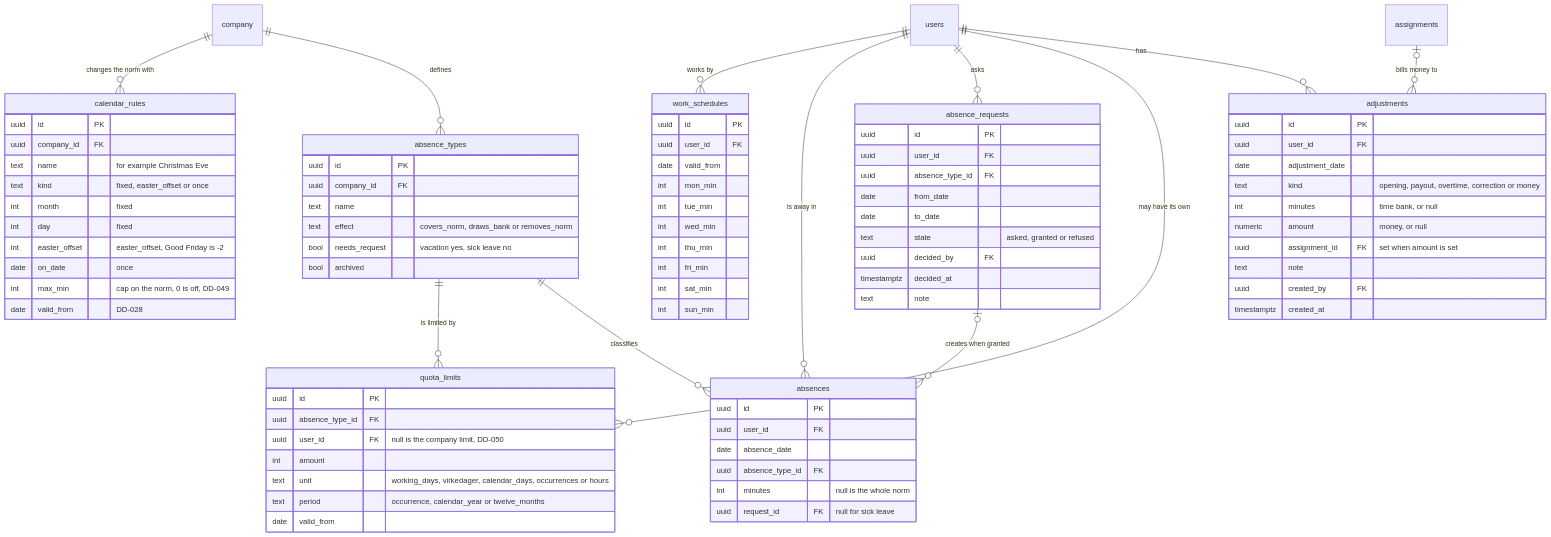
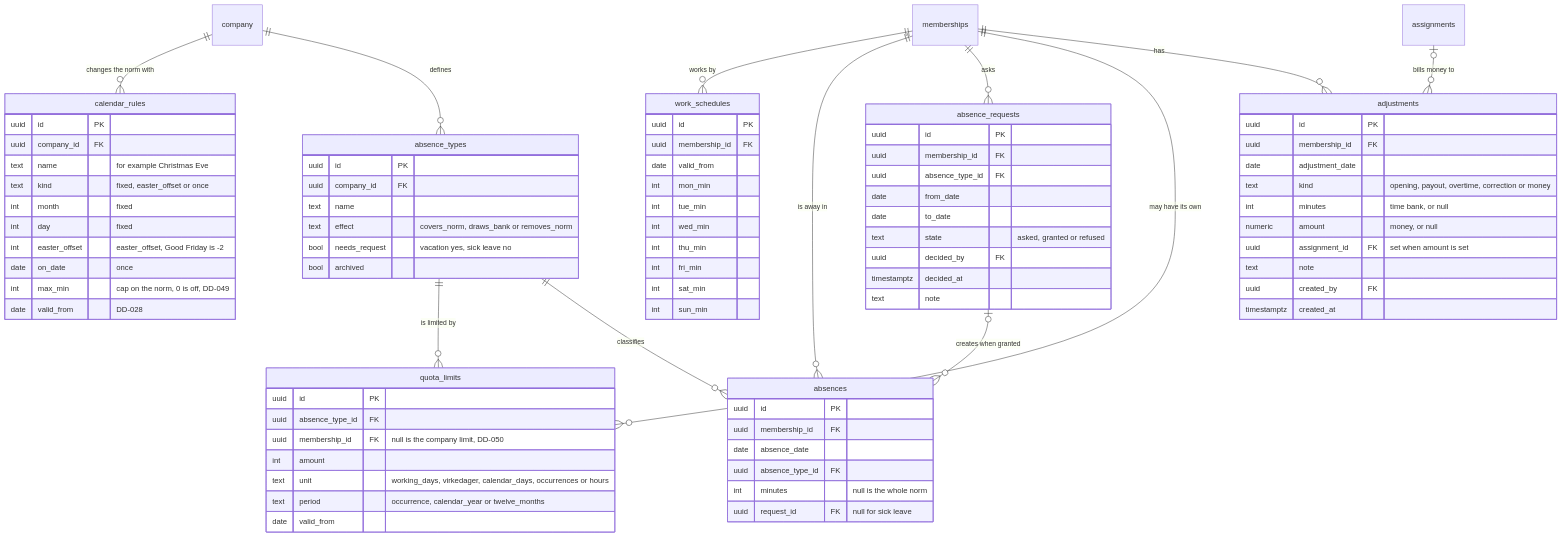
Before and after one commit to TerjeBallestad/time-turtle: the second of 2 diagrams in server-dotnet/docs/data-model.md, drawn with Mermaid. The commit also changed other lines of this file and 7 other files, not shown here.

```diff
--- a/server-dotnet/docs/data-model.md
+++ b/server-dotnet/docs/data-model.md
@@ -118,18 +123,18 @@
   company ||--o{ calendar_rules : "changes the norm with"
   company ||--o{ absence_types : defines
   absence_types ||--o{ quota_limits : "is limited by"
-  users ||--o{ work_schedules : "works by"
-  users ||--o{ absences : "is away in"
-  users ||--o{ absence_requests : asks
-  users ||--o{ quota_limits : "may have its own"
+  memberships ||--o{ work_schedules : "works by"
+  memberships ||--o{ absences : "is away in"
+  memberships ||--o{ absence_requests : asks
+  memberships ||--o{ quota_limits : "may have its own"
   absence_types ||--o{ absences : "classifies"
   absence_requests |o--o{ absences : "creates when granted"
-  users ||--o{ adjustments : "has"
+  memberships ||--o{ adjustments : "has"
   assignments |o--o{ adjustments : "bills money to"
 
   work_schedules {
     uuid id PK
-    uuid user_id FK
+    uuid membership_id FK
     date valid_from
     int mon_min
     int tue_min
@@ -162,7 +167,7 @@
   quota_limits {
     uuid id PK
     uuid absence_type_id FK
-    uuid user_id FK "null is the company limit, DD-050"
+    uuid membership_id FK "null is the company limit, DD-050"
     int amount
     text unit "working_days, virkedager, calendar_days, occurrences or hours"
     text period "occurrence, calendar_year or twelve_months"
@@ -170,7 +175,7 @@
   }
   absences {
     uuid id PK
-    uuid user_id FK
+    uuid membership_id FK
     date absence_date
     uuid absence_type_id FK
     int minutes "null is the whole norm"
@@ -178,7 +183,7 @@
   }
   absence_requests {
     uuid id PK
-    uuid user_id FK
+    uuid membership_id FK
     uuid absence_type_id FK
     date from_date
     date to_date
@@ -189,7 +194,7 @@
   }
   adjustments {
     uuid id PK
-    uuid user_id FK
+    uuid membership_id FK
     date adjustment_date
     text kind "opening, payout, overtime, correction or money"
     int minutes "time bank, or null"
```
